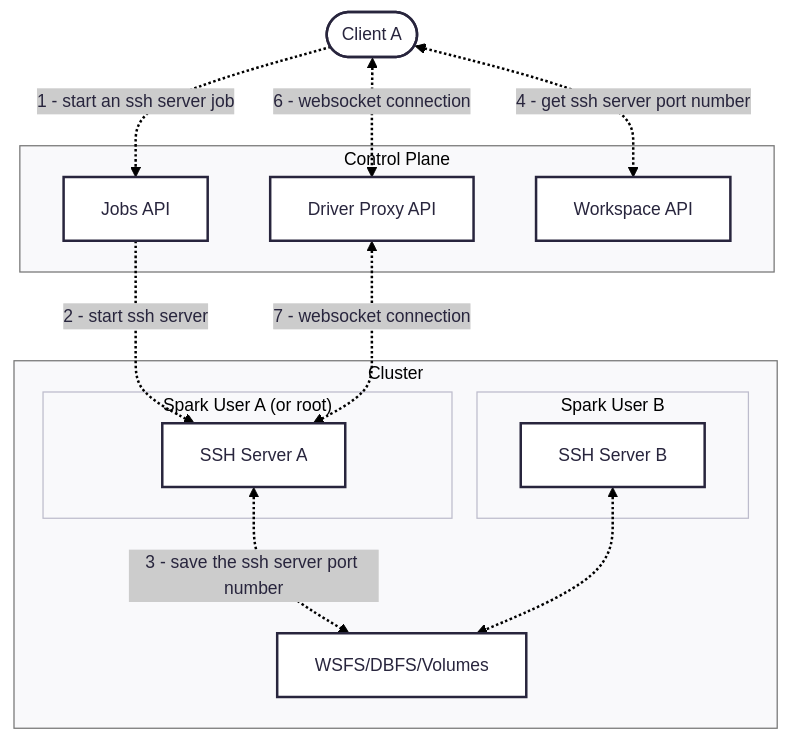
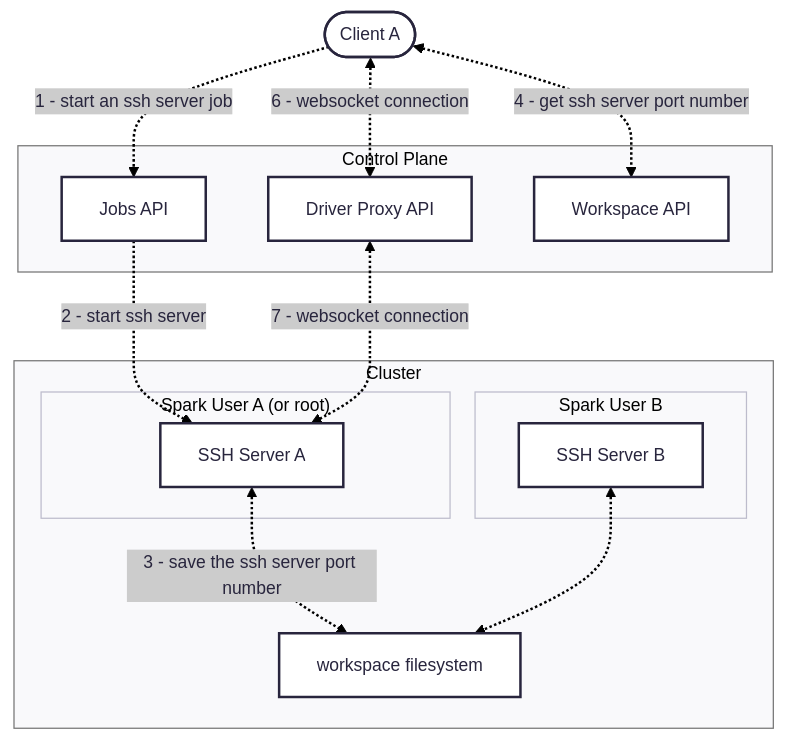
One commit to databricks/cli changed the first of 2 diagrams in cmd/ssh/README.md. Above: the diagram before and after it, drawn with Mermaid.

````diff
--- a/cmd/ssh/README.md
+++ b/cmd/ssh/README.md
@@ -29,34 +29,34 @@
 ```mermaid
 ---
 config:
   theme: redux
   layout: dagre
 ---
 flowchart TD
  n1(["Client A"])
  subgraph s1["Control Plane"]
         n3["Jobs API"]
         n2["Driver Proxy API"]
         n11["Workspace API"]
   end
  subgraph s3["Spark User A (or root)"]
         n4["SSH Server A"]
   end
  subgraph s4["Spark User B"]
         n6["SSH Server B"]
   end
  subgraph s2["Cluster"]
         s3
         s4
-        n12["WSFS/DBFS/Volumes"]
+        n12["workspace filesystem"]
   end
     n1 -. "1 - start an ssh server job" .-> n3
     n3 -. "2 - start ssh server" .-> n4
     n4 <-. "3 - save the ssh server port number" .-> n12
     n1 <-. "4 - get ssh server port number" .-> n11
     n1 <-. "6 - websocket connection" .-> n2
     n2 <-. "7 - websocket connection" .-> n4
     n6 <-.-> n12
     style s2 stroke:#757575
     style s1 stroke:#757575
 ```
````
